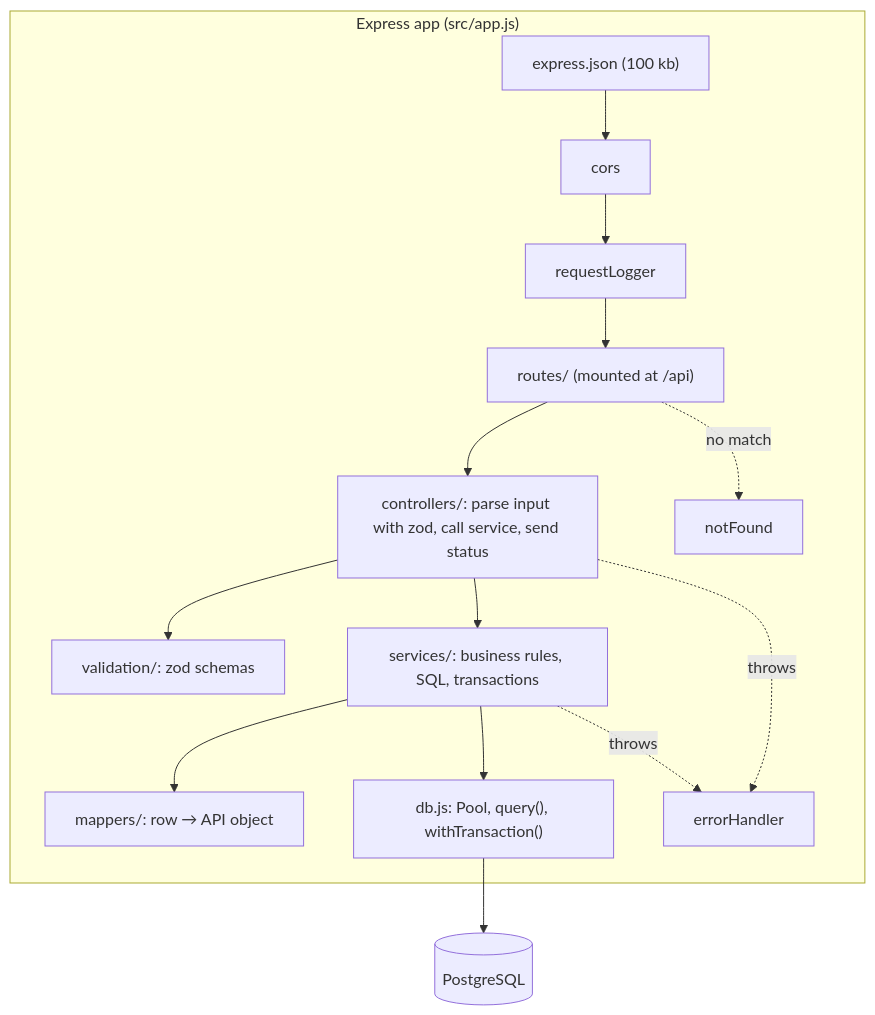
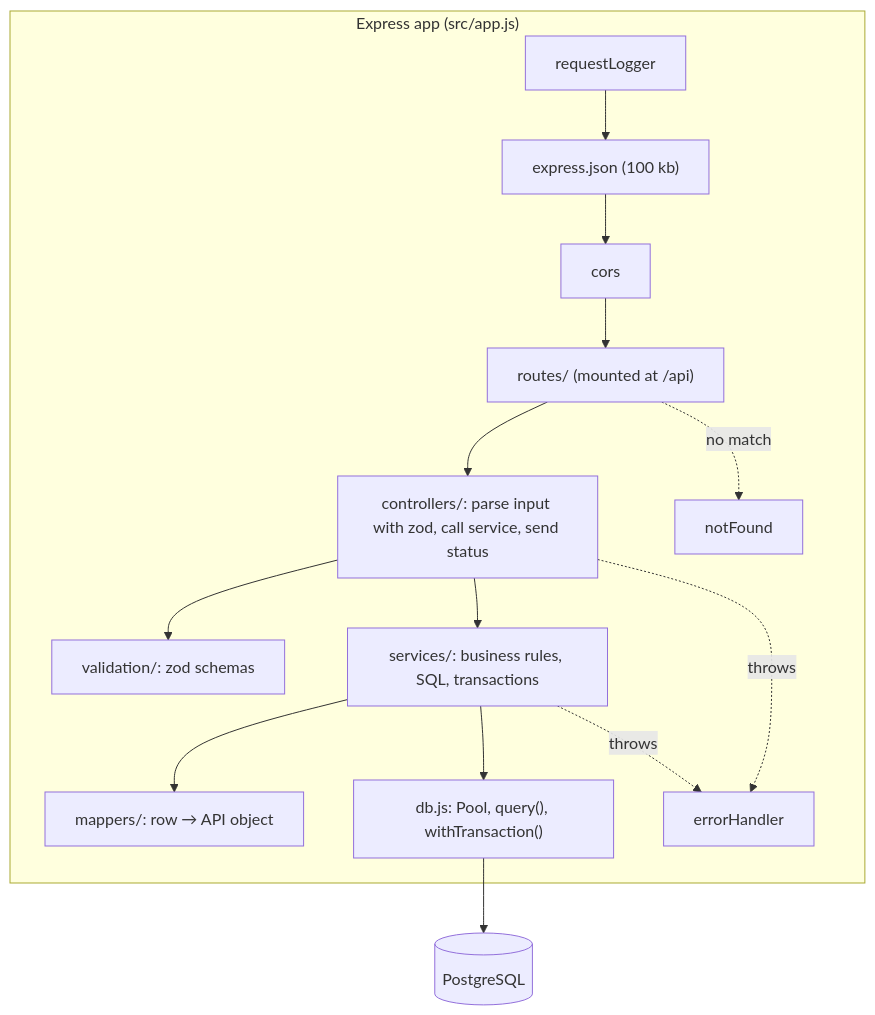
One commit to cecilia-obeng/Campus-store-management-system changed the diagram in dev_docs/06-backend-technical-design.md. Above: the diagram before and after it, drawn with Mermaid. The commit also changed other lines of this file, not shown here.

Commit message:
docs: register requestLogger first so failed requests are logged (CS-20)

````diff
--- a/dev_docs/06-backend-technical-design.md
+++ b/dev_docs/06-backend-technical-design.md
@@ -34,17 +34,17 @@
 ```mermaid
 flowchart TB
     subgraph app["Express app (src/app.js)"]
-      MW1["express.json (100 kb)"] --> MW2[cors]
-      MW2 --> MW3[requestLogger]
-      MW3 --> R["routes/ (mounted at /api)"]
+      MW0[requestLogger] --> MW1["express.json (100 kb)"]
+      MW1 --> MW2[cors]
+      MW2 --> R["routes/ (mounted at /api)"]
       R --> C["controllers/: parse input with zod, call service, send status"]
       C --> V["validation/: zod schemas"]
       C --> S["services/: business rules, SQL, transactions"]
       S --> M["mappers/: row → API object"]
       S --> DB["db.js: Pool, query(), withTransaction()"]
       R -. no match .-> NF[notFound]
       C -. throws .-> EH[errorHandler]
       S -. throws .-> EH
     end
     DB --> PG[(PostgreSQL)]
 ```
````
